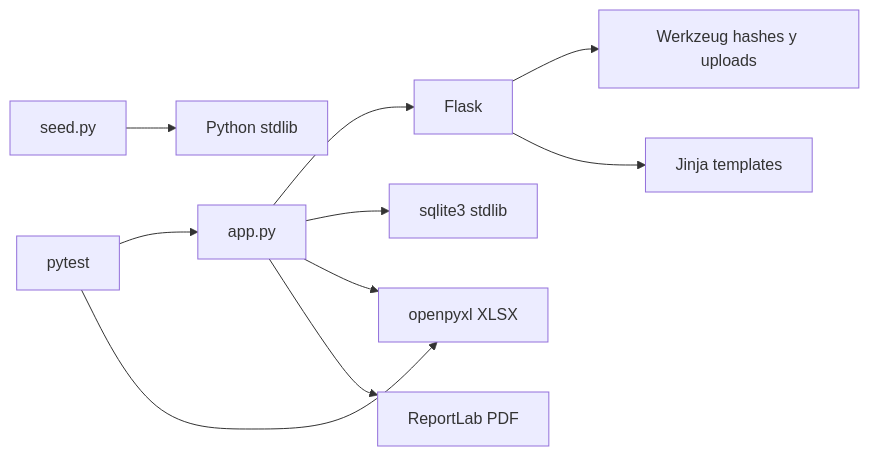
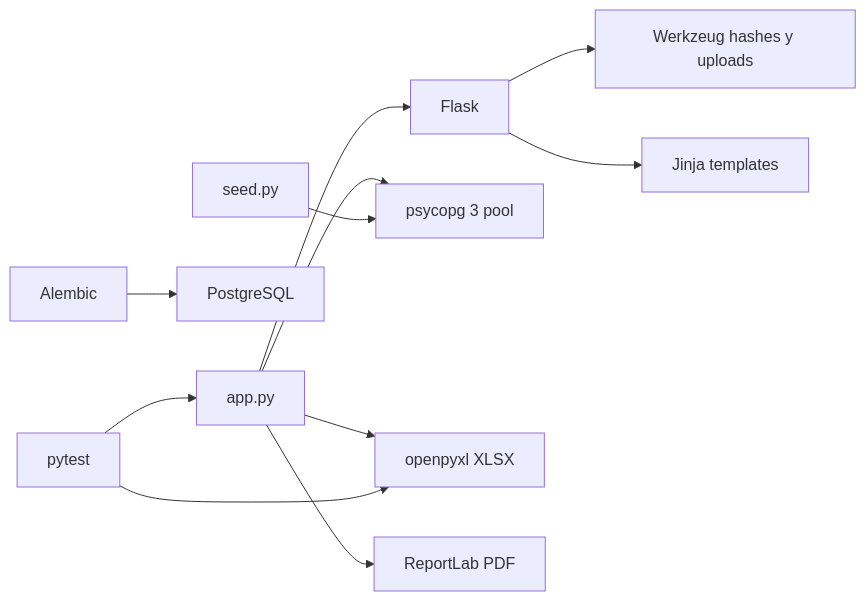
Before and after one commit to avismael/AssesStudio: the fourth of 4 diagrams in docs/05-architecture.md, drawn with Mermaid. The commit also changed other lines of this file and 56 other files, not shown here.

````diff
--- a/docs/05-architecture.md
+++ b/docs/05-architecture.md
@@ -163,12 +165,13 @@
 ```mermaid
 flowchart LR
     Flask --> Werkzeug[Werkzeug hashes y uploads]
     Flask --> Jinja[Jinja templates]
     App[app.py] --> Flask
-    App --> SQLite[sqlite3 stdlib]
+    App --> Psycopg[psycopg 3 pool]
+    Alembic --> PostgreSQL
     App --> Openpyxl[openpyxl XLSX]
     App --> ReportLab[ReportLab PDF]
-    Seed[seed.py] --> Stdlib[Python stdlib]
+    Seed[seed.py] --> Psycopg
     Tests[pytest] --> App
     Tests --> Openpyxl
 ```
````
